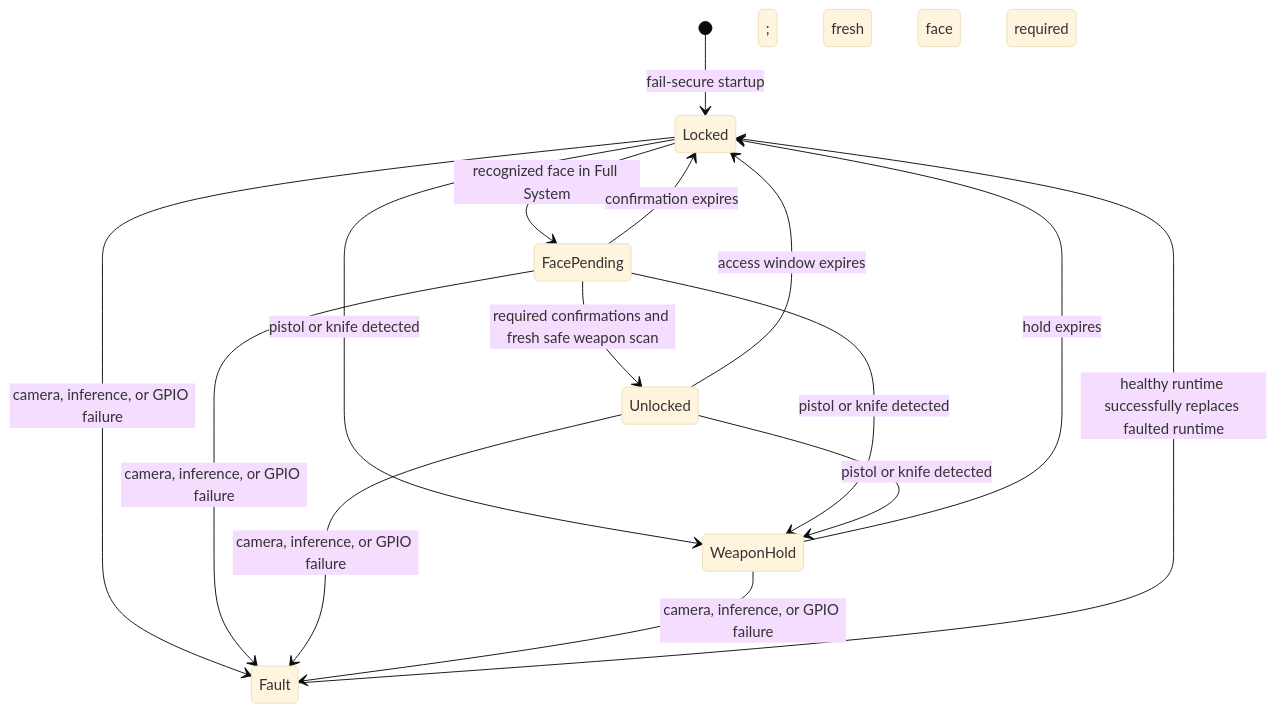
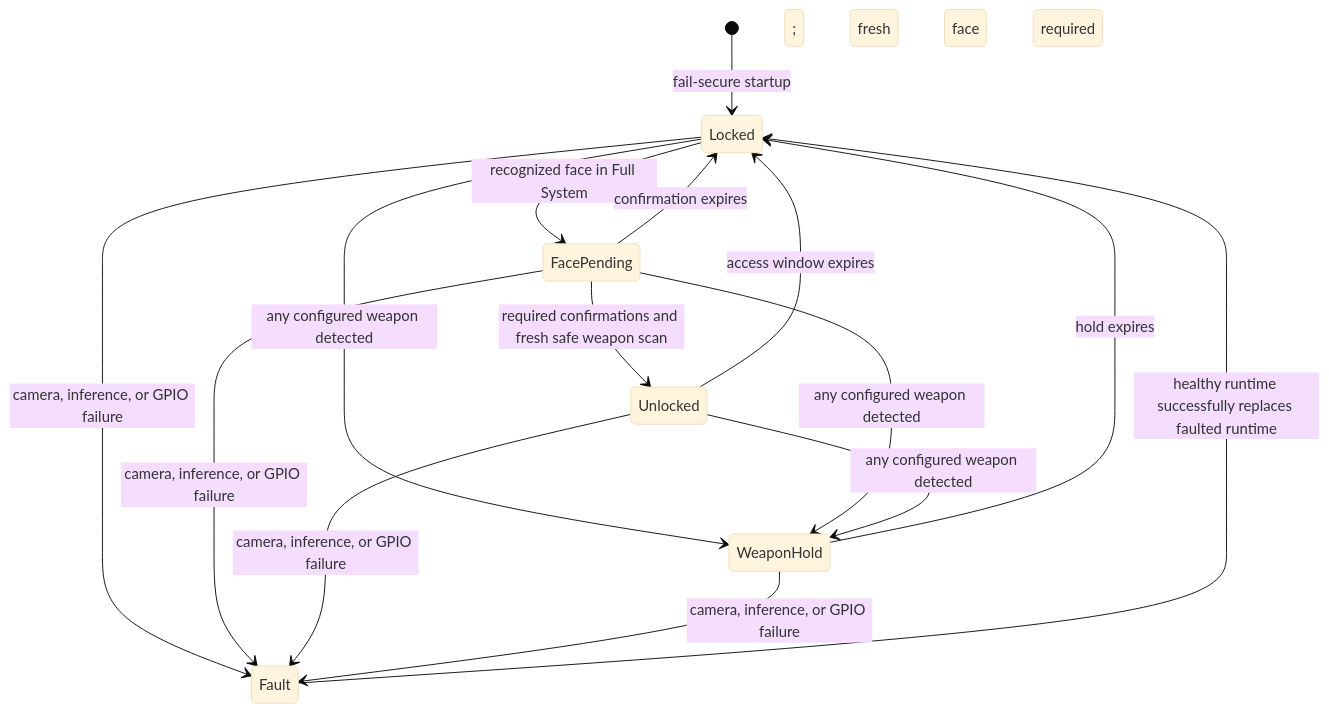
Before and after one commit to Amd36/Surveillance_system_IERD: the third of 3 diagrams in README.md, drawn with Mermaid (base theme). The commit also changed other lines of this file and 10 other files, not shown here.

````diff
--- a/README.md
+++ b/README.md
@@ -150,17 +150,17 @@
 ```mermaid
 stateDiagram-v2
     [*] --> Locked: fail-secure startup
     Locked --> FacePending: recognized face in Full System
     FacePending --> Unlocked: required confirmations and fresh safe weapon scan
     FacePending --> Locked: confirmation expires
     Unlocked --> Locked: access window expires
-    Locked --> WeaponHold: pistol or knife detected
-    FacePending --> WeaponHold: pistol or knife detected
-    Unlocked --> WeaponHold: pistol or knife detected
+    Locked --> WeaponHold: any configured weapon detected
+    FacePending --> WeaponHold: any configured weapon detected
+    Unlocked --> WeaponHold: any configured weapon detected
     WeaponHold --> Locked: hold expires; fresh face required
     Locked --> Fault: camera, inference, or GPIO failure
     FacePending --> Fault: camera, inference, or GPIO failure
     Unlocked --> Fault: camera, inference, or GPIO failure
     WeaponHold --> Fault: camera, inference, or GPIO failure
     Fault --> Locked: healthy runtime successfully replaces faulted runtime
 ```
````
